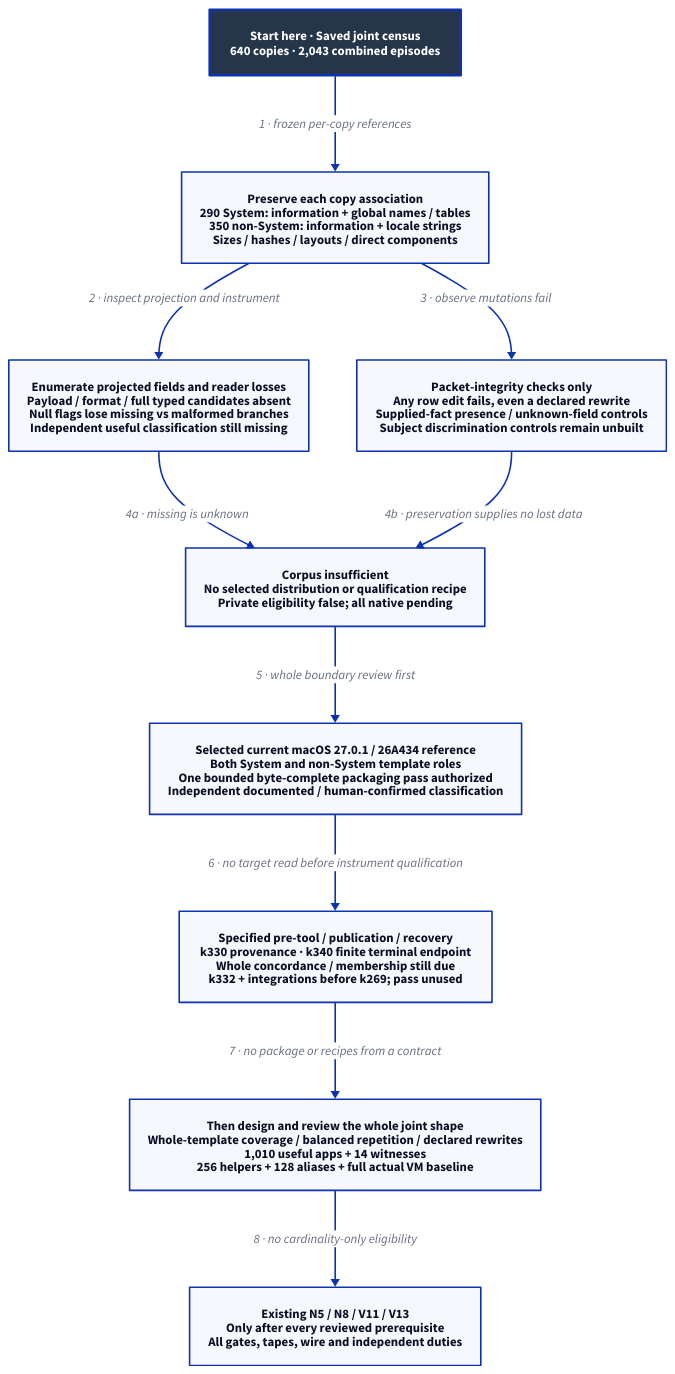
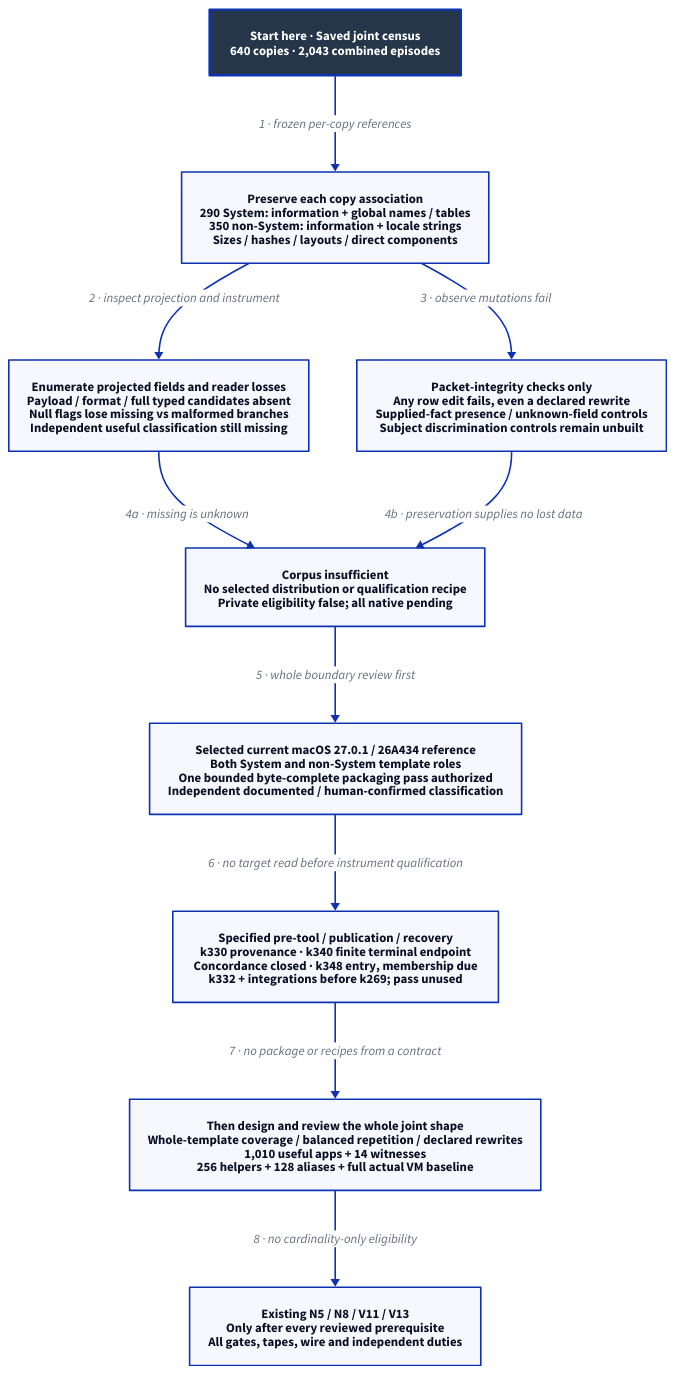
The diagram in docs/design/architecture/native-population-metadata-shape.d2 (Linkuistics/Koine), drawn with D2 before and after one commit. The commit also changed 31 other files, not shown here.

Commit message:
Concord whole original obligations and externalize inter-checkpoint publication entry (reference-evidence-whole-obligation-concordance-k347; closes reference-evidence-whole-obligation-concordance-k343)

```diff
--- a/docs/design/architecture/native-population-metadata-shape.d2
+++ b/docs/design/architecture/native-population-metadata-shape.d2
@@ -1,23 +1,23 @@
-# Specified k331 mechanisms; whole concordance/membership and k332 review precede use.
+# Specified k331 mechanisms; k348 entry, k344 membership and k332 review precede use.
 direction: down
 classes: {
   start: {style: {fill: "#25364B"; font-color: "#FFFFFF"; bold: true; stroke-width: 3}}
 }
 Start: "Start here · Saved joint census\n640 copies · 2,043 combined episodes" {class: start}
 Known: "Preserve each copy association\n290 System: information + global names / tables\n350 non-System: information + locale strings\nSizes / hashes / layouts / direct components"
 Missing: "Enumerate projected fields and reader losses\nPayload / format / full typed candidates absent\nNull flags lose missing vs malformed branches\nIndependent useful classification still missing"
 Control: "Packet-integrity checks only\nAny row edit fails, even a declared rewrite\nSupplied-fact presence / unknown-field controls\nSubject discrimination controls remain unbuilt"
 Boundary: "Corpus insufficient\nNo selected distribution or qualification recipe\nPrivate eligibility false; all native pending"
 Decision: "Selected current macOS 27.0.1 / 26A434 reference\nBoth System and non-System template roles\nOne bounded byte-complete packaging pass authorized\nIndependent documented / human-confirmed classification"
-Contract: "Specified pre-tool / publication / recovery\nk330 provenance · k340 finite terminal endpoint\nWhole concordance / membership still due\nk332 + integrations before k269; pass unused"
+Contract: "Specified pre-tool / publication / recovery\nk330 provenance · k340 finite terminal endpoint\nConcordance closed · k348 entry, membership due\nk332 + integrations before k269; pass unused"
 Design: "Then design and review the whole joint shape\nWhole-template coverage / balanced repetition / declared rewrites\n1,010 useful apps + 14 witnesses\n256 helpers + 128 aliases + full actual VM baseline"
 Native: "Existing N5 / N8 / V11 / V13\nOnly after every reviewed prerequisite\nAll gates, tapes, wire and independent duties"
 Start -> Known: "1 · frozen per-copy references"
 Known -> Missing: "2 · inspect projection and instrument"
 Known -> Control: "3 · observe mutations fail"
 Missing -> Boundary: "4a · missing is unknown"
 Control -> Boundary: "4b · preservation supplies no lost data"
 Boundary -> Decision: "5 · whole boundary review first"
 Decision -> Contract: "6 · no target read before instrument qualification"
 Contract -> Design: "7 · no package or recipes from a contract"
 Design -> Native: "8 · no cardinality-only eligibility"
```
